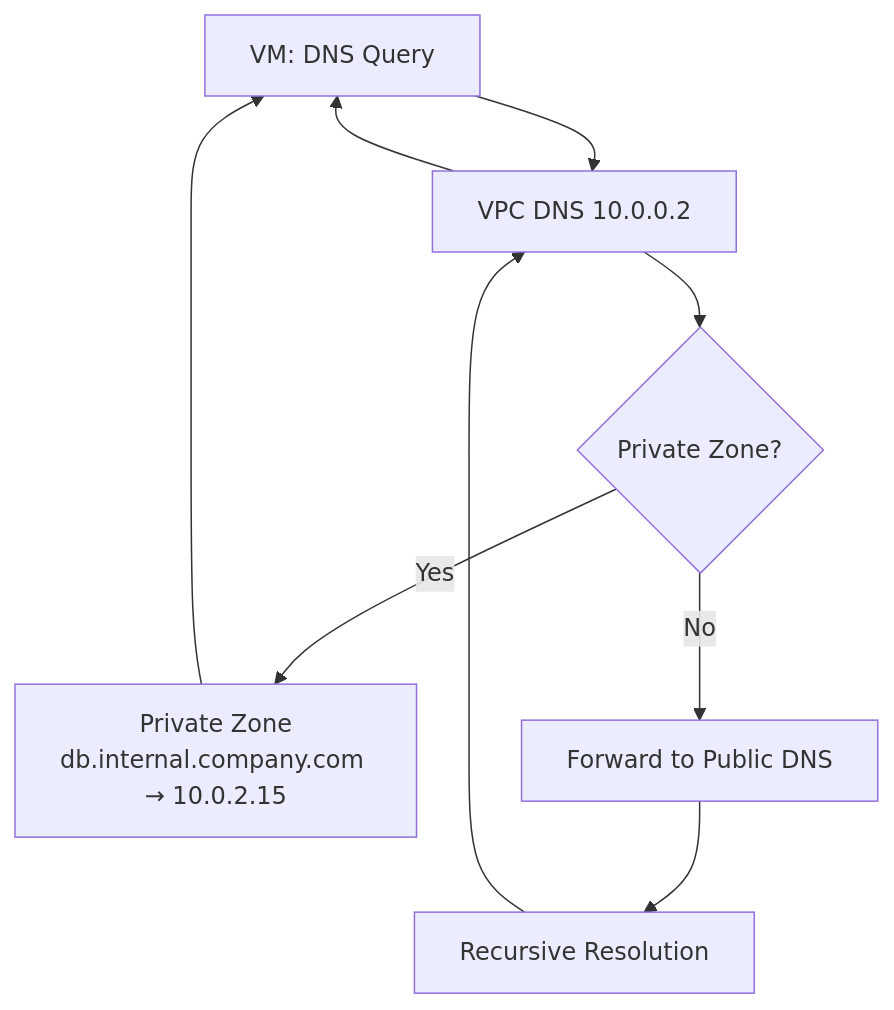
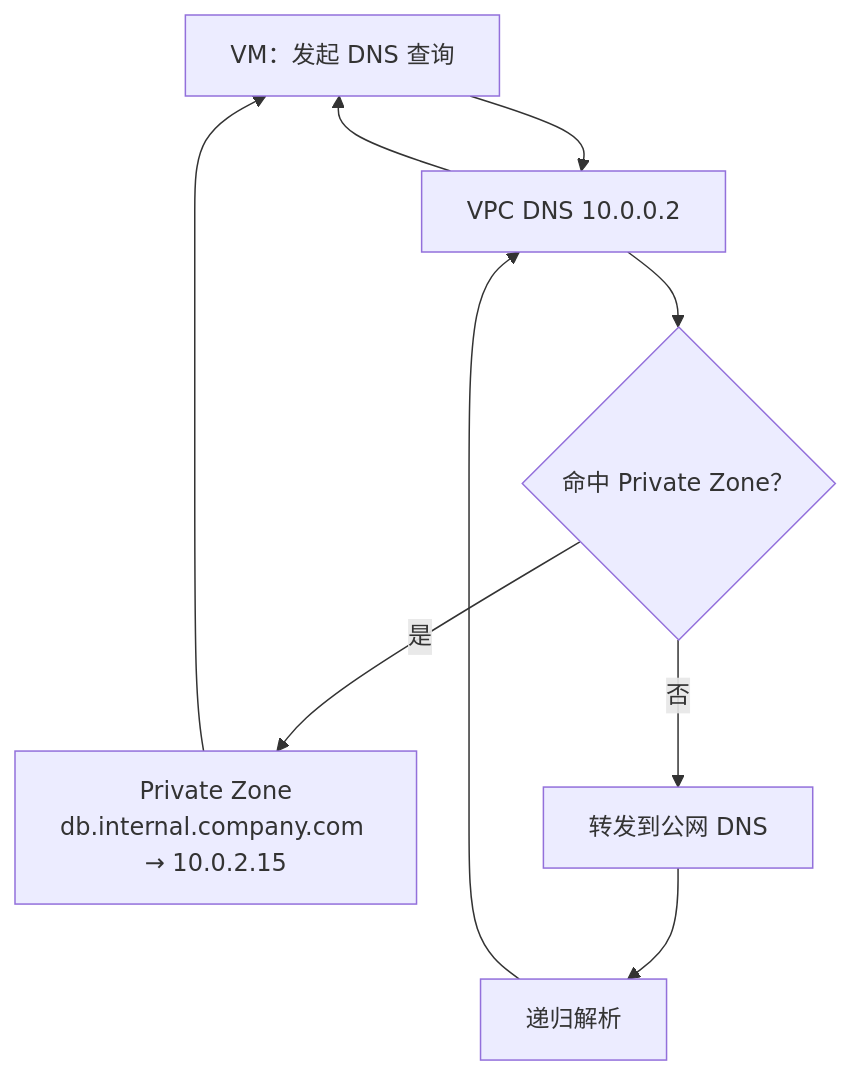
Before and after one commit to caozhiyi/network-book: the second of 5 diagrams in docs/11.VPC内的基础网络服务DHCP与DNS与元数据与弹性网卡.md, drawn with Mermaid. The commit also changed other lines of this file and 77 other files, not shown here.

````diff
--- a/docs/11.VPC内的基础网络服务DHCP与DNS与元数据与弹性网卡.md
+++ b/docs/11.VPC内的基础网络服务DHCP与DNS与元数据与弹性网卡.md
@@ -75,11 +75,11 @@
 ```mermaid
 graph TB
-    VM[VM: DNS Query] --> VDNS[VPC DNS 10.0.0.2]
-    VDNS --> CHECK{Private Zone?}
-    CHECK -->|Yes| PZ[Private Zone<br/>db.internal.company.com → 10.0.2.15]
+    VM[VM：发起 DNS 查询] --> VDNS[VPC DNS 10.0.0.2]
+    VDNS --> CHECK{命中 Private Zone？}
+    CHECK -->|是| PZ[Private Zone<br/>db.internal.company.com → 10.0.2.15]
     PZ --> VM
-    CHECK -->|No| PUBLIC[Forward to Public DNS]
-    PUBLIC --> RESULT[Recursive Resolution]
+    CHECK -->|否| PUBLIC[转发到公网 DNS]
+    PUBLIC --> RESULT[递归解析]
     RESULT --> VDNS
     VDNS --> VM
 ```
````
